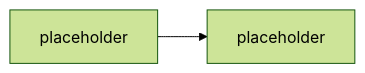
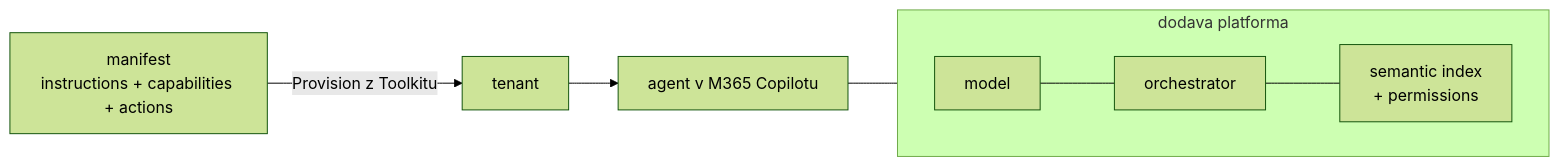
The diagram in day-2/declarative-agents/README.md (MalasekPetr/gopas-spo_copilot), drawn with Mermaid (forest theme) before and after one commit. The commit also changed other lines of this file and 55 other files, not shown here.

````diff
--- a/day-2/declarative-agents/README.md
+++ b/day-2/declarative-agents/README.md
@@ -33,5 +42,10 @@
 ```mermaid
-%% TODO: diagram -- manifest -> provision -> agent v M365 Copilotu; co dodava platforma
 flowchart LR
-  A[placeholder] --> B[placeholder]
+  M[manifest<br/>instructions + capabilities + actions] -->|Provision z Toolkitu| T[tenant]
+  T --> A[agent v M365 Copilotu]
+  subgraph P[dodava platforma]
+    direction LR
+    MOD[model] --- ORCH[orchestrator] --- SI[semantic index<br/>+ permissions]
+  end
+  A --- P
 ```
````
